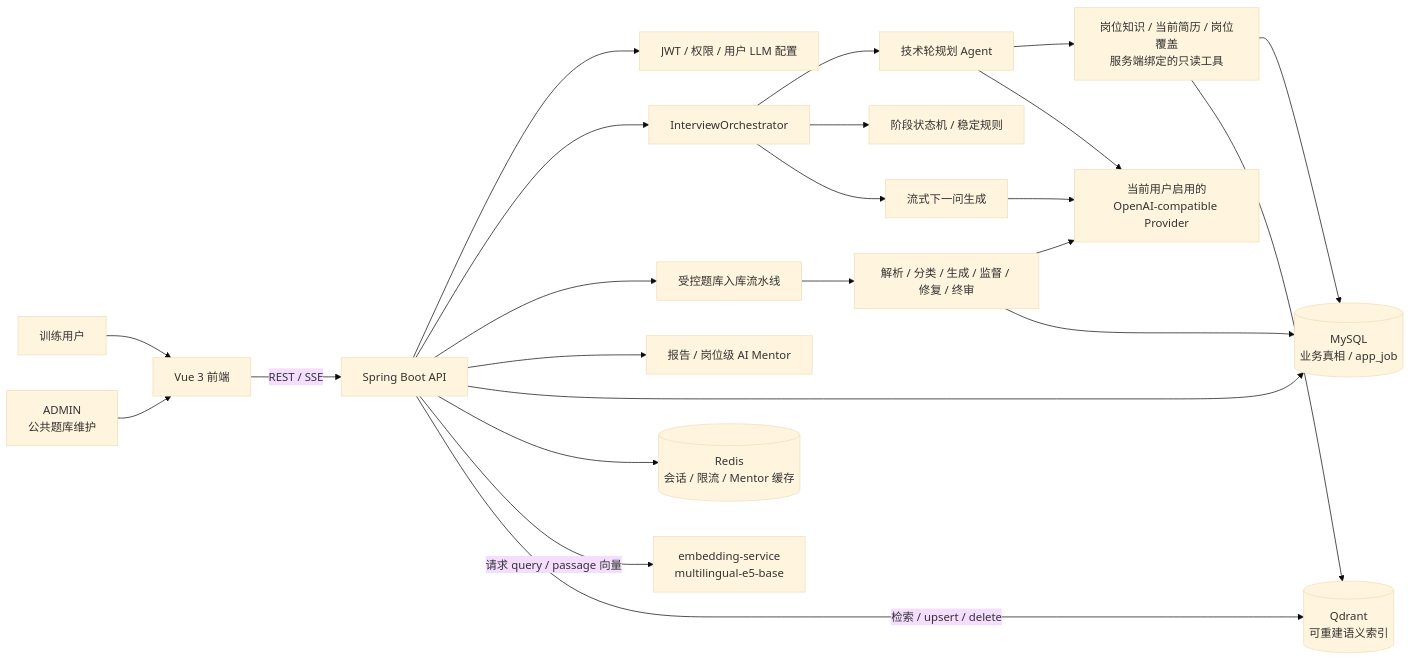
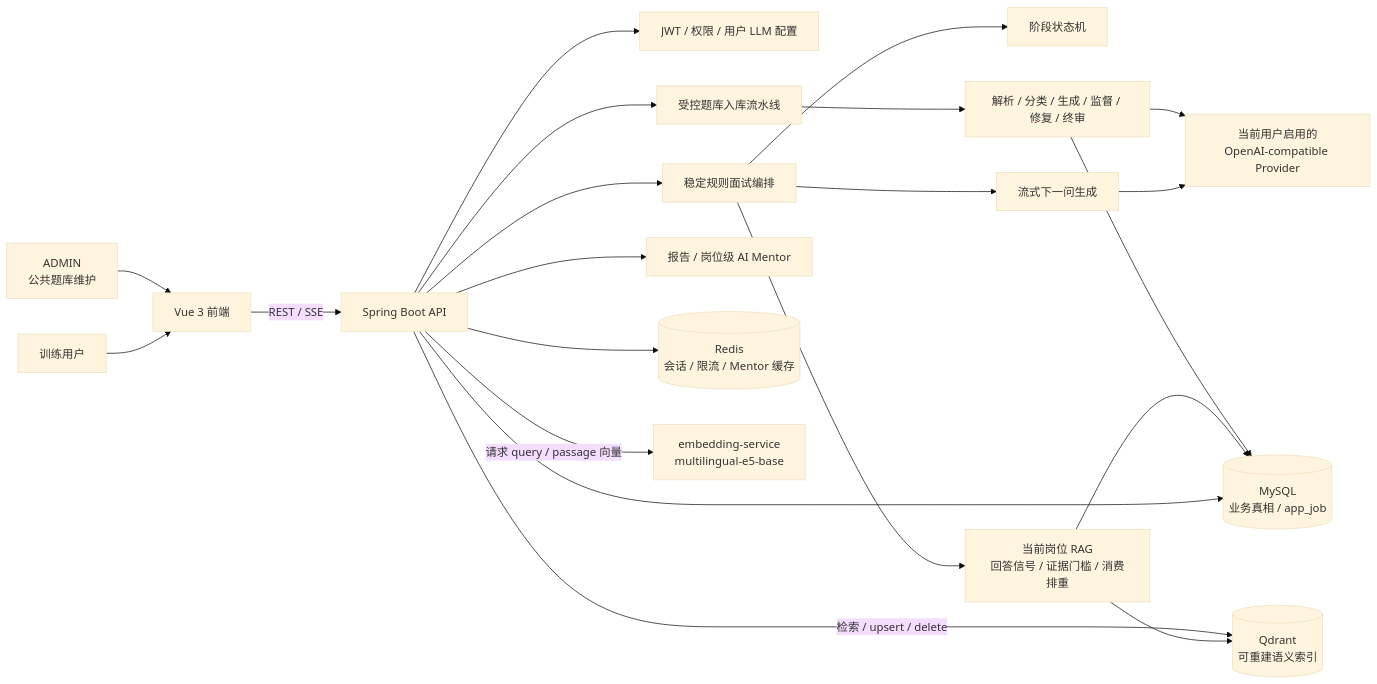
One commit to nzy0510/AI-Interview changed the first of 3 diagrams in README.md. Above: the diagram before and after it, drawn with Mermaid (base theme). The commit also changed other lines of this file and 50 other files, not shown here.

````diff
--- a/README.md
+++ b/README.md
@@ -103,29 +103,27 @@
 ```mermaid
 flowchart LR
     User["训练用户"] --> Web["Vue 3 前端"]
     Admin["ADMIN<br/>公共题库维护"] --> Web
     Web -->|"REST / SSE"| API["Spring Boot API"]
 
     API --> Auth["JWT / 权限 / 用户 LLM 配置"]
-    API --> Orchestrator["InterviewOrchestrator"]
+    API --> Orchestrator["稳定规则面试编排"]
     API --> Pipeline["受控题库入库流水线"]
     API --> Review["报告 / 岗位级 AI Mentor"]
 
-    Orchestrator --> Agent["技术轮规划 Agent"]
-    Orchestrator --> Rule["阶段状态机 / 稳定规则"]
-    Agent --> Tools["岗位知识 / 当前简历 / 岗位覆盖<br/>服务端绑定的只读工具"]
+    Orchestrator --> Rule["阶段状态机"]
+    Orchestrator --> Retrieval["当前岗位 RAG<br/>回答信号 / 证据门槛 / 消费排重"]
     Orchestrator --> Generator["流式下一问生成"]
 
     Pipeline --> Jobs["解析 / 分类 / 生成 / 监督 / 修复 / 终审"]
-    Agent --> LLM["当前用户启用的<br/>OpenAI-compatible Provider"]
-    Generator --> LLM
+    Generator --> LLM["当前用户启用的<br/>OpenAI-compatible Provider"]
     Jobs --> LLM
 
     API --> MySQL[("MySQL<br/>业务真相 / app_job")]
     API --> Redis[("Redis<br/>会话 / 限流 / Mentor 缓存")]
-    Tools --> MySQL
-    Tools --> Qdrant[("Qdrant<br/>可重建语义索引")]
+    Retrieval --> MySQL
+    Retrieval --> Qdrant[("Qdrant<br/>可重建语义索引")]
     Jobs --> MySQL
     API -->|"请求 query / passage 向量"| Embed["embedding-service<br/>multilingual-e5-base"]
     API -->|"检索 / upsert / delete"| Qdrant
 ```
````
